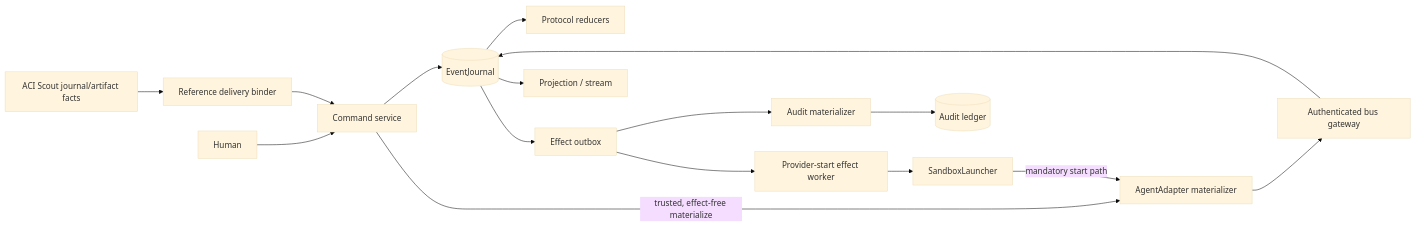
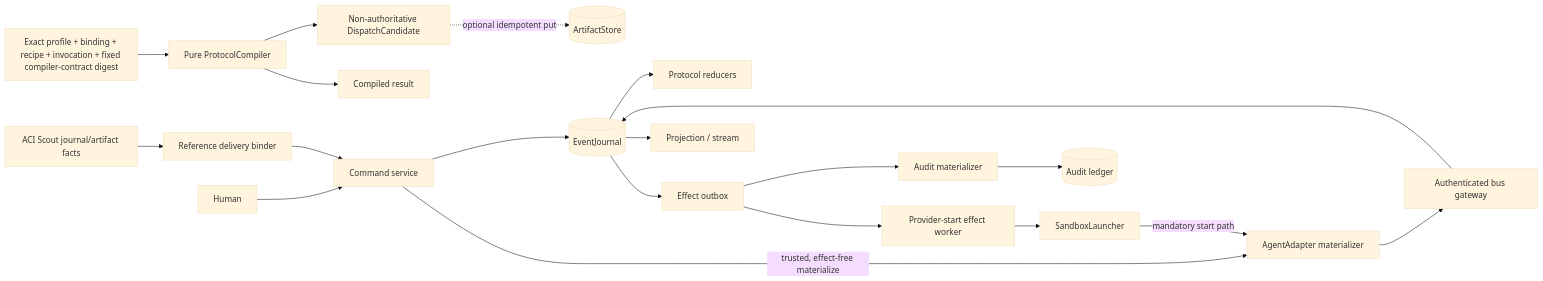
One commit to VictorBoscaro/cyberalchemy-orchestrator changed the first of 3 diagrams in docs/features/agents-communication-infra/specs/architecture.md. Above: the diagram before and after it, drawn with Mermaid (base theme). The commit also changed other lines of this file and 48 other files, not shown here.

````diff
--- a/docs/features/agents-communication-infra/specs/architecture.md
+++ b/docs/features/agents-communication-infra/specs/architecture.md
@@ -70,18 +97,22 @@
 ```mermaid
 flowchart LR
+  SI[Exact profile + binding + recipe + invocation + fixed compiler-contract digest] --> PC[Pure ProtocolCompiler]
+  PC --> DC[Non-authoritative DispatchCandidate]
+  PC --> CR[Compiled result]
+  DC -. optional idempotent put .-> AS[(ArtifactStore)]
   H[Human] --> C[Command service]
   C --> J[(EventJournal)]
   J --> K[Protocol reducers]
   J --> O[Effect outbox]
   RS[ACI Scout journal/artifact facts] --> RB[Reference delivery binder]
   RB --> C
   C -->|trusted, effect-free materialize| AD[AgentAdapter materializer]
   O --> EW[Provider-start effect worker]
   EW --> SL[SandboxLauncher]
   SL -->|mandatory start path| AD
   O --> AM[Audit materializer]
   AM --> AL[(Audit ledger)]
   AD --> G[Authenticated bus gateway]
   G --> J
   J --> P[Projection / stream]
 ```
````
